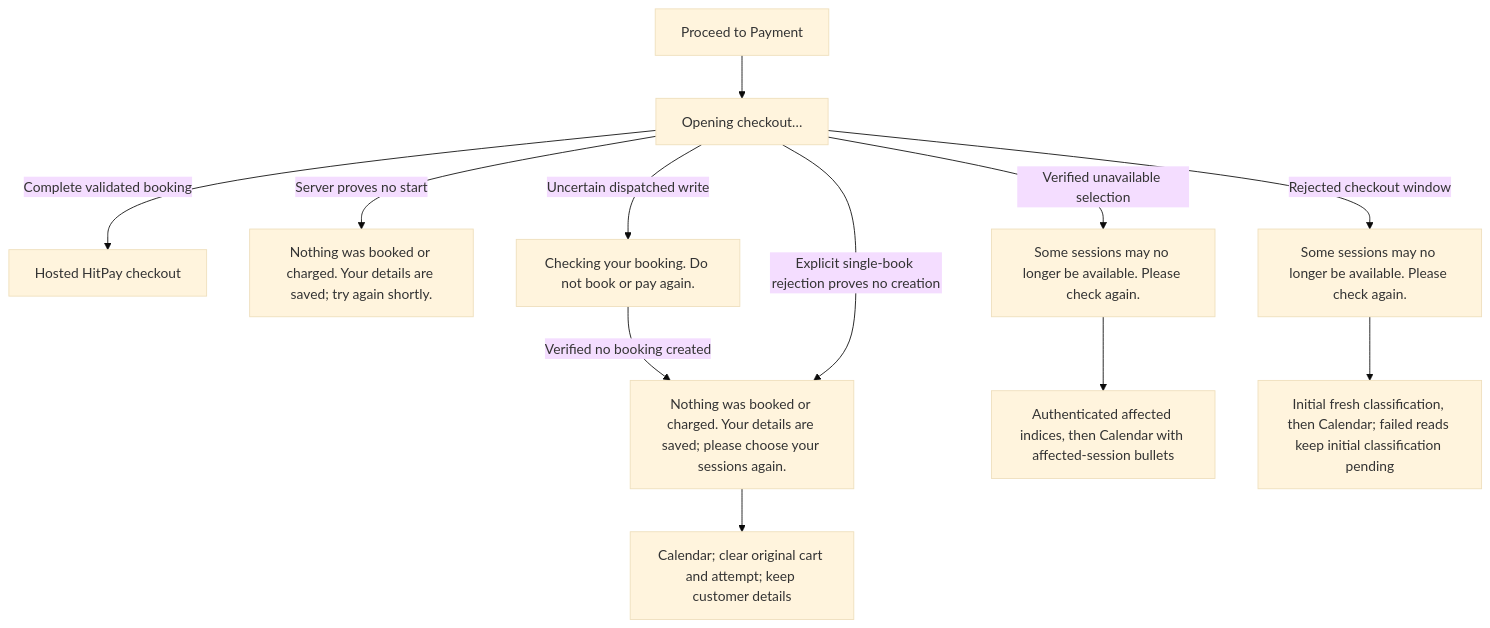
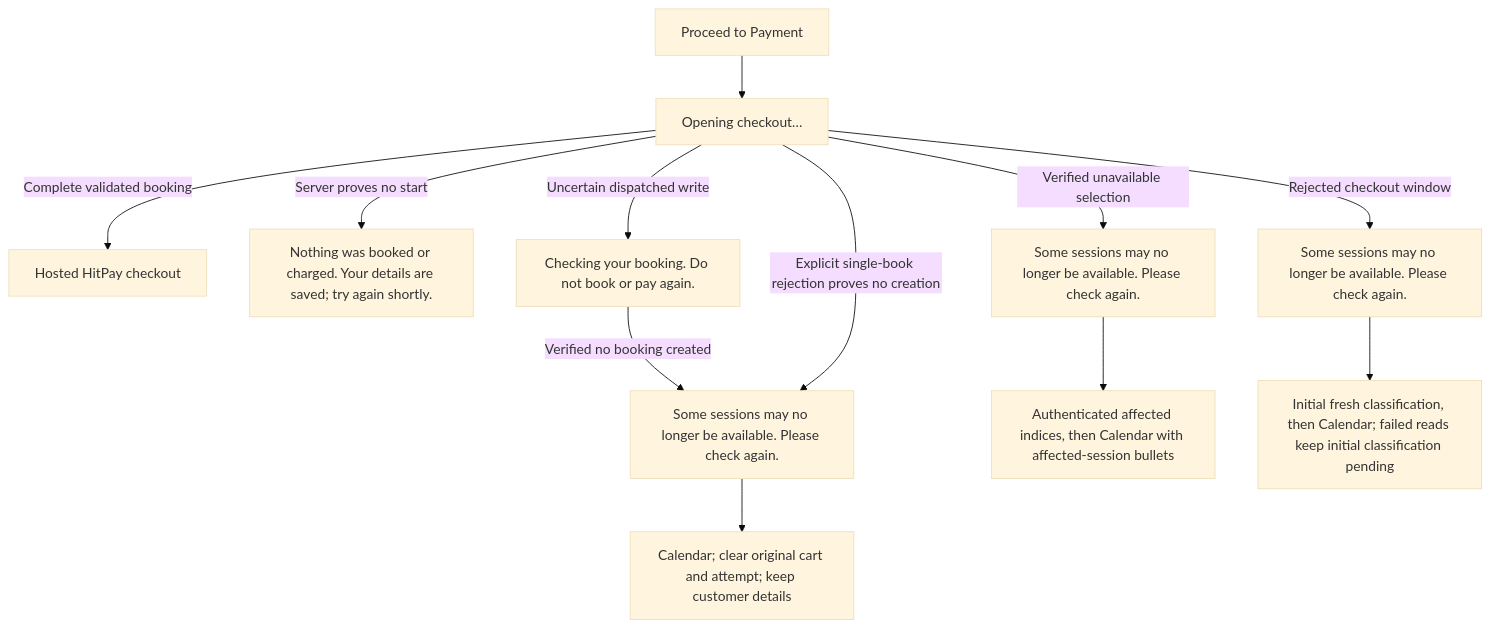
One commit to soccerbotstudiosg/soccerbotstudioSG changed the sixth of 19 diagrams in docs/booking-flows.md. Above: the diagram before and after it, drawn with Mermaid (base theme). The commit also changed other lines of this file and 30 other files, not shown here.

````diff
--- a/docs/booking-flows.md
+++ b/docs/booking-flows.md
@@ -124,14 +126,14 @@
 ```mermaid
 flowchart TD
   A["Proceed to Payment"] --> B["Opening checkout…"]
   B -->|Complete validated booking| C["Hosted HitPay checkout"]
   B -->|Server proves no start| D["Nothing was booked or charged. Your details are saved; try again shortly."]
   B -->|Uncertain dispatched write| E["Checking your booking. Do not book or pay again."]
-  E -->|Verified no booking created| J["Nothing was booked or charged. Your details are saved; please choose your sessions again."]
+  E -->|Verified no booking created| J["Some sessions may no longer be available. Please check again."]
   B -->|Explicit single-book rejection proves no creation| J
   J --> K["Calendar; clear original cart and attempt; keep customer details"]
   B -->|Verified unavailable selection| F["Some sessions may no longer be available. Please check again."]
   F --> G["Authenticated affected indices, then Calendar with affected-session bullets"]
   B -->|Rejected checkout window| H["Some sessions may no longer be available. Please check again."]
   H --> I["Initial fresh classification, then Calendar; failed reads keep initial classification pending"]
 ```
````
